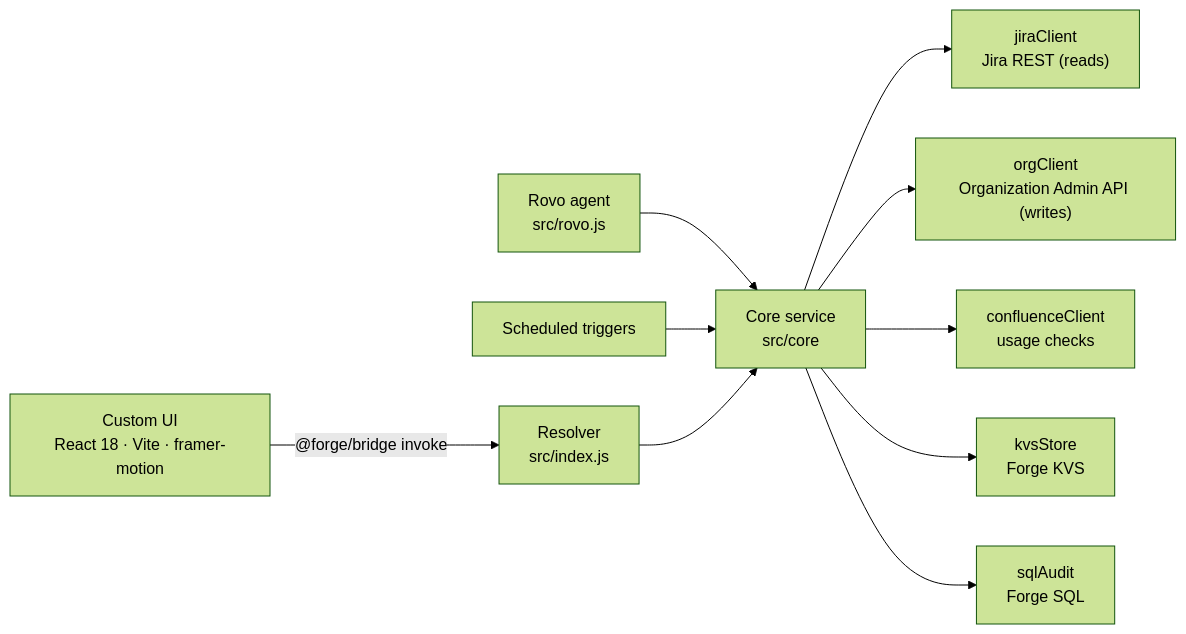
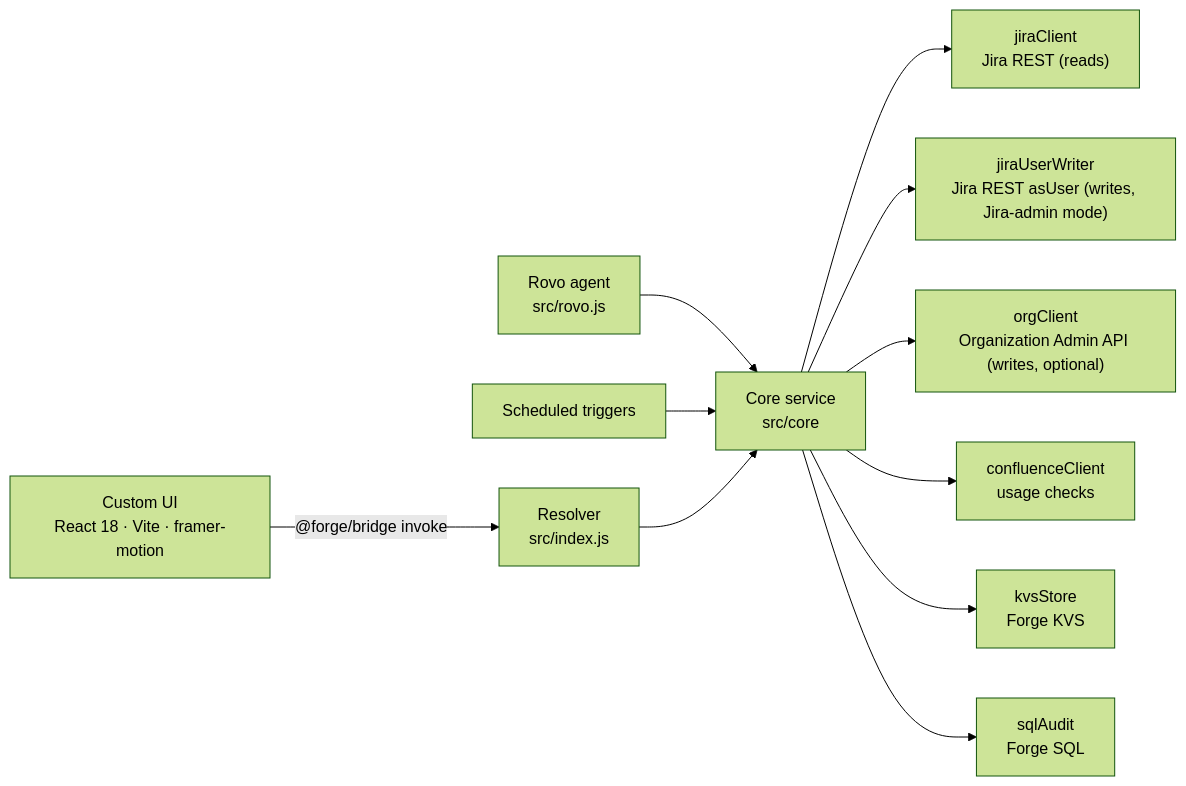
The diagram in README.md (DevSUPERPORT/User-Group-Management-App-for-Jira), drawn with Mermaid (forest theme) before and after one commit. The commit also changed other lines of this file and 38 other files, not shown here.

First line of the commit message:
Add Jira-admin mode: Jira admins apply group changes, org key optional

````diff
--- a/README.md
+++ b/README.md
@@ -67,12 +68,13 @@
 ```mermaid
 flowchart LR
     UI["Custom UI<br/>React 18 · Vite · framer-motion"] -->|"@forge/bridge invoke"| R["Resolver<br/>src/index.js"]
     Rovo["Rovo agent<br/>src/rovo.js"] --> S
     Jobs["Scheduled triggers"] --> S
     R --> S["Core service<br/>src/core"]
     S --> J["jiraClient<br/>Jira REST (reads)"]
-    S --> O["orgClient<br/>Organization Admin API (writes)"]
+    S --> U["jiraUserWriter<br/>Jira REST asUser (writes, Jira-admin mode)"]
+    S --> O["orgClient<br/>Organization Admin API (writes, optional)"]
     S --> C["confluenceClient<br/>usage checks"]
     S --> K["kvsStore<br/>Forge KVS"]
     S --> A["sqlAudit<br/>Forge SQL"]
 ```
````
